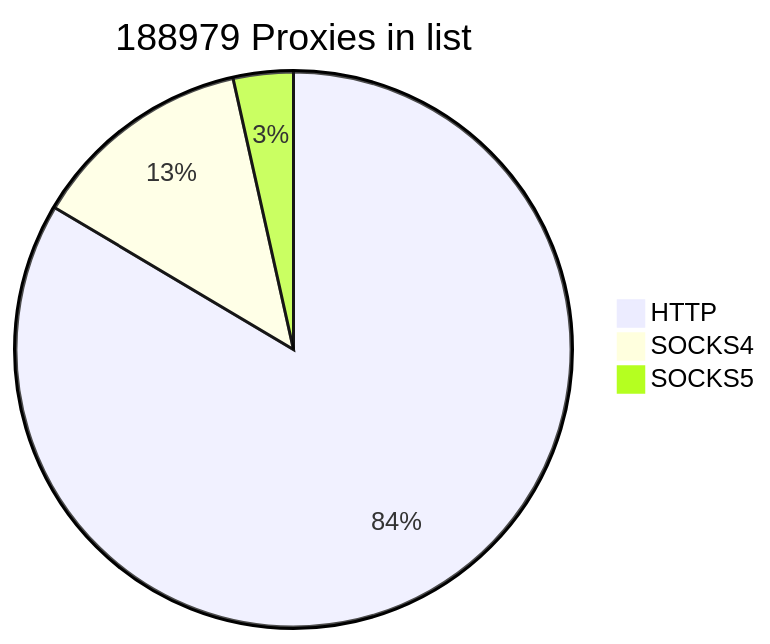
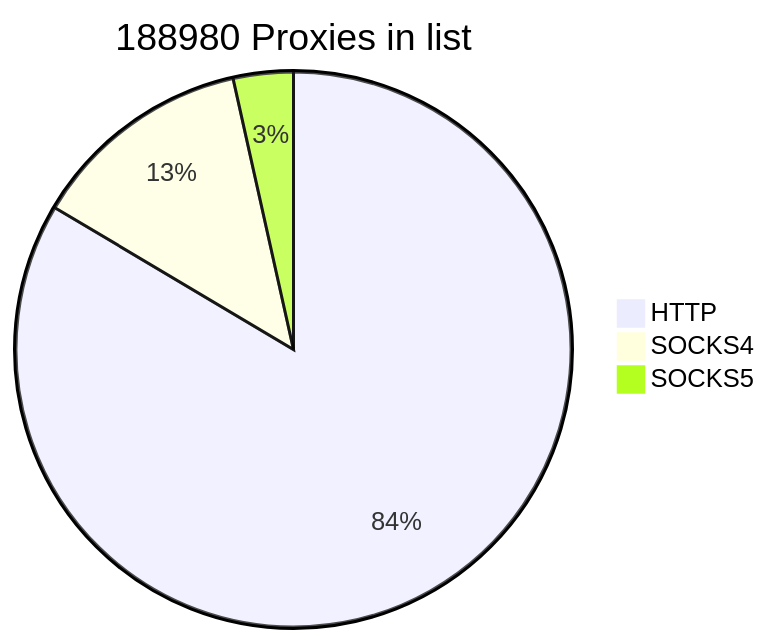
One commit to cutipu/proxylist changed the first of 2 diagrams in README.md. Above: the diagram before and after it, drawn with Mermaid. The commit also changed other lines of this file, not shown here.

````diff
--- a/README.md
+++ b/README.md
@@ -2,7 +2,7 @@
 ```mermaid
-pie title 188979 Proxies in list
-    "HTTP" : 157867
-    "SOCKS4" : 24513
-    "SOCKS5" : 6599
+pie title 188980 Proxies in list
+    "HTTP" : 157866
+    "SOCKS4" : 24516
+    "SOCKS5" : 6598
             
 ```
````
